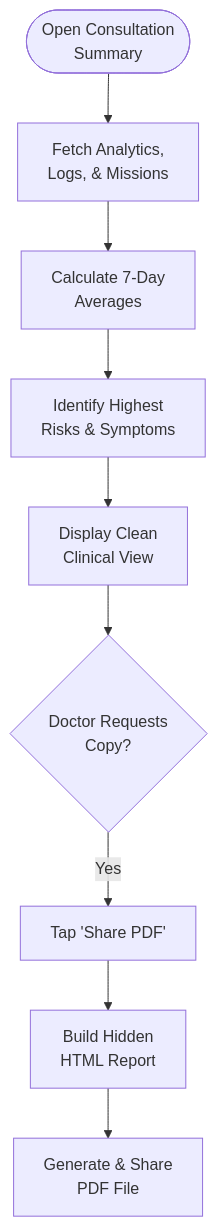
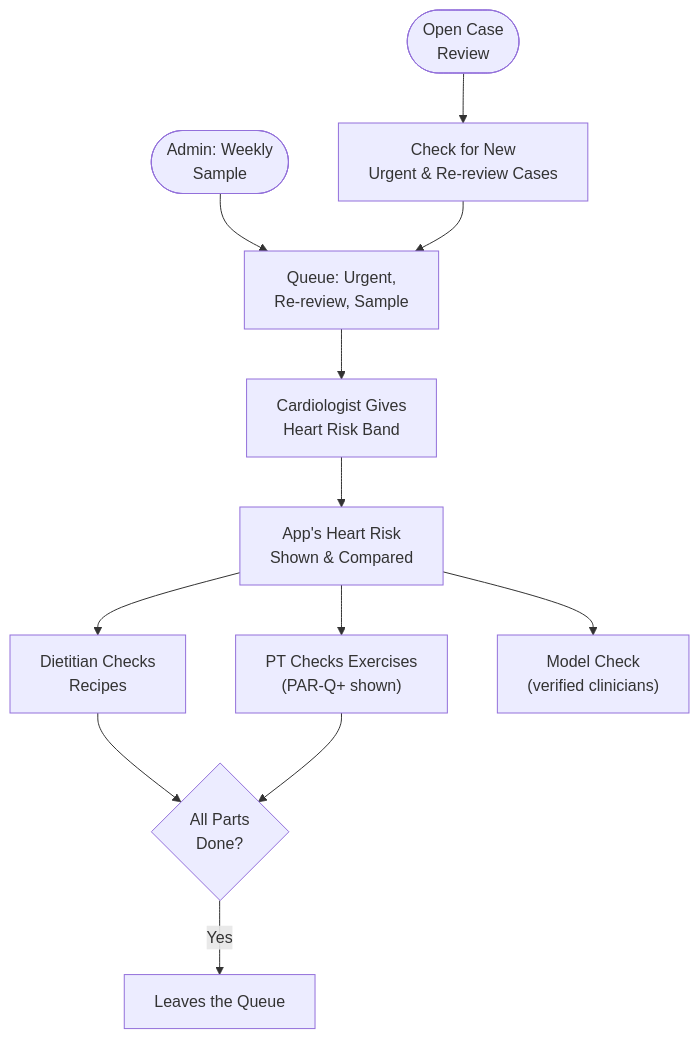
One commit to Quixotic-MJ/HEARTLINK_APP changed diagram 18 of 18 in documentation/USER_FLOWS.md. Above: the diagram before and after it, drawn with Mermaid. The commit also changed other lines of this file and 31 other files, not shown here.

````diff
--- a/documentation/USER_FLOWS.md
+++ b/documentation/USER_FLOWS.md
@@ -558,15 +639,14 @@
 ```mermaid
 flowchart TD
-    A(["Open Consultation<br/>Summary"]) --> B["Fetch Analytics,<br/>Logs, & Missions"]
-    
-    B --> C["Calculate 7-Day<br/>Averages"]
-    C --> D["Identify Highest<br/>Risks & Symptoms"]
-    
-    D --> E["Display Clean<br/>Clinical View"]
-    
-    E --> F{"Doctor Requests<br/>Copy?"}
-    
-    F -- Yes --> G["Tap 'Share PDF'"]
-    G --> H["Build Hidden<br/>HTML Report"]
-    H --> I["Generate & Share<br/>PDF File"]
+    A(["Open Case<br/>Review"]) --> B["Check for New<br/>Urgent & Re-review Cases"]
+    W(["Admin: Weekly<br/>Sample"]) --> C
+    B --> C["Queue: Urgent,<br/>Re-review, Sample"]
+    C --> D["Cardiologist Gives<br/>Heart Risk Band"]
+    D --> E["App's Heart Risk<br/>Shown & Compared"]
+    E --> F["Dietitian Checks<br/>Recipes"]
+    E --> G["PT Checks Exercises<br/>(PAR-Q+ shown)"]
+    F --> H{"All Parts<br/>Done?"}
+    G --> H
+    H -- Yes --> I["Leaves the Queue"]
+    E --> J["Model Check<br/>(verified clinicians)"]
 ```
````
